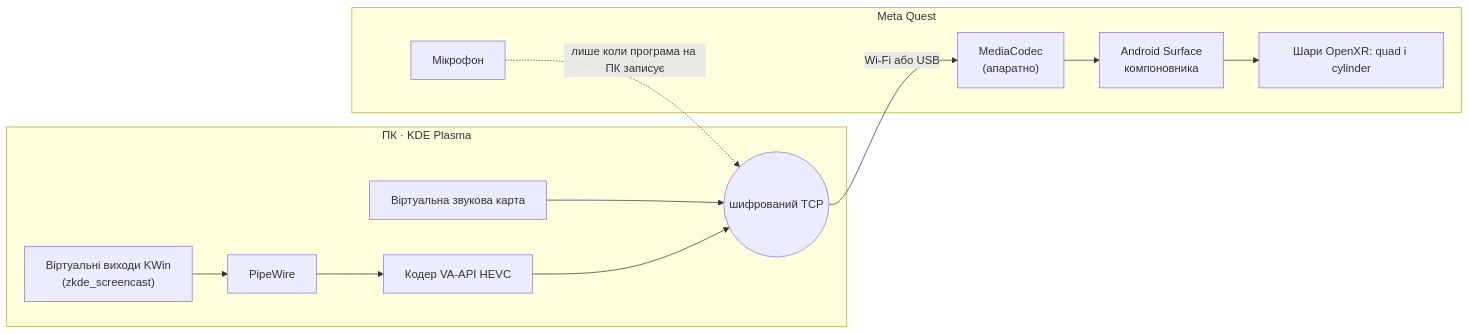
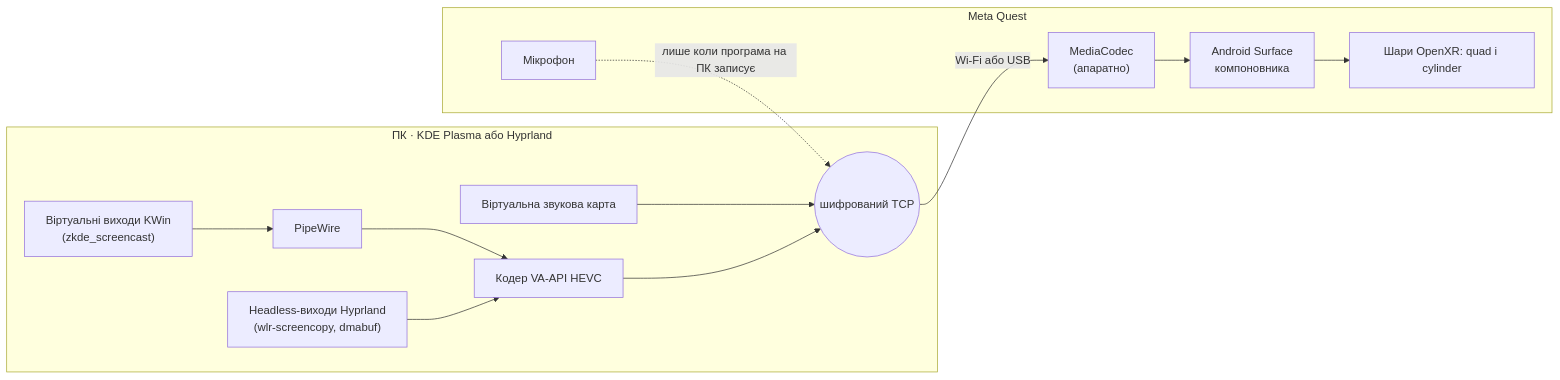
One commit to OlexiyOdarchuk/prostir changed the diagram in README.uk.md. Above: the diagram before and after it, drawn with Mermaid. The commit also changed other lines of this file and 15 other files, not shown here.

````diff
--- a/README.uk.md
+++ b/README.uk.md
@@ -283,13 +292,14 @@
 ```mermaid
 flowchart LR
-  subgraph PC["ПК · KDE Plasma"]
+  subgraph PC["ПК · KDE Plasma або Hyprland"]
     KWin["Віртуальні виходи KWin<br/>(zkde_screencast)"] --> PW[PipeWire] --> Enc["Кодер VA-API HEVC"]
+    Hypr["Headless-виходи Hyprland<br/>(wlr-screencopy, dmabuf)"] --> Enc
     Snd["Віртуальна звукова карта"] --> Net
     Enc --> Net(("шифрований TCP"))
   end
   Net -- "Wi-Fi або USB" --> Dec
   subgraph Quest["Meta Quest"]
     Dec["MediaCodec<br/>(апаратно)"] --> Surf["Android Surface<br/>компоновника"] --> Layer["Шари OpenXR: quad і cylinder"]
     Mic["Мікрофон"] -. "лише коли програма на ПК записує" .-> Net
   end
 ```
````
